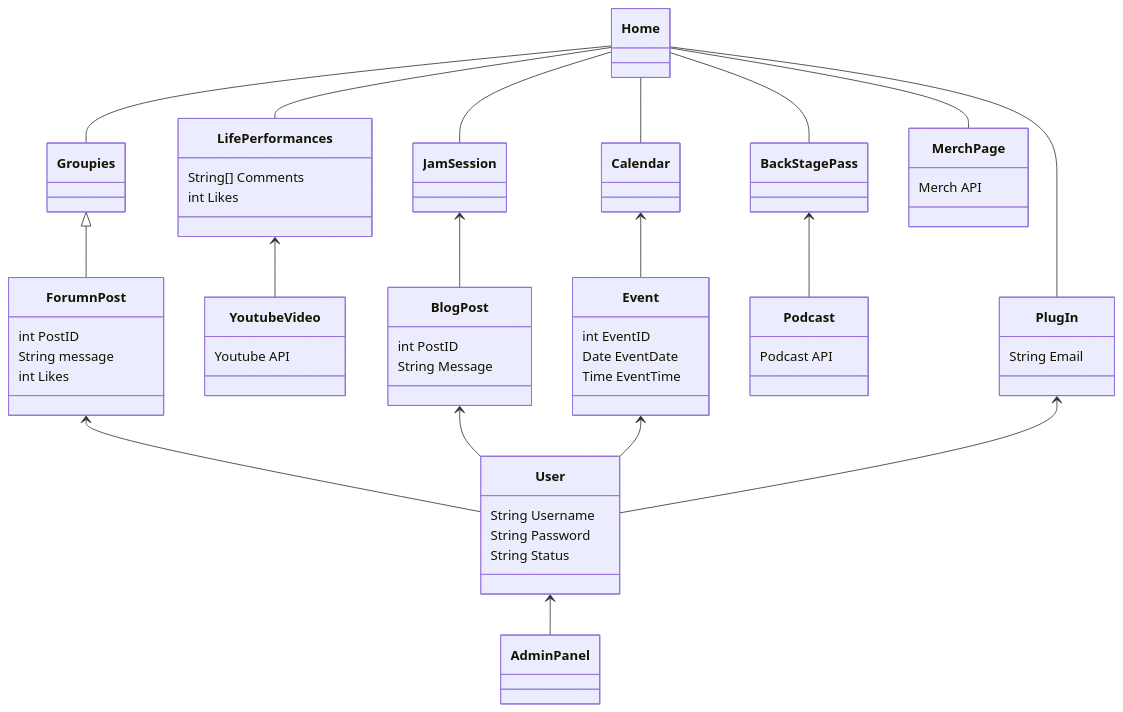
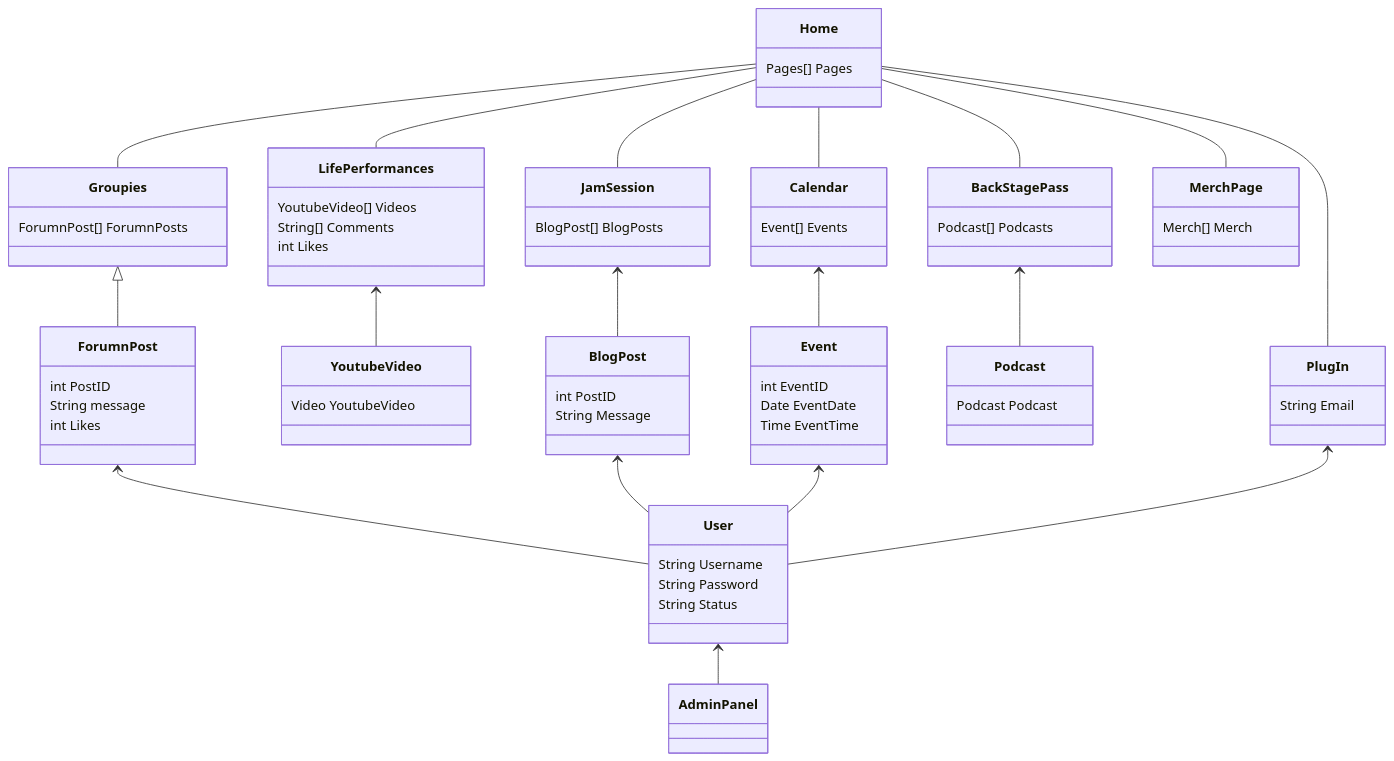
The diagram in Design/DomainModel.md (JClark-32/Live-to-Rock), drawn with Mermaid before and after one commit.

````diff
--- a/Design/DomainModel.md
+++ b/Design/DomainModel.md
@@ -1,54 +1,65 @@
 ```mermaid
 classDiagram
   Home
   Home -- LifePerformances
   Home -- Groupies
   Home -- JamSession
   Home -- BackStagePass
   Home -- Calendar
   Home -- MerchPage
   Home -- PlugIn
 
+  Home : Pages[] Pages
+
   LifePerformances 
   LifePerformances <-- Youtube Video
-  Youtube Video : Youtube API
+  LifePerformances : YoutubeVideo[] Videos
+
+  YoutubeVideo : Video YoutubeVideo
   LifePerformances : String[] Comments
   LifePerformances : int Likes
 
   Groupies <|-- ForumnPost
+  Groupies : ForumnPost[] ForumnPosts
+
+
   ForumnPost : int PostID
   ForumnPost : String message
   ForumnPost <-- User
   ForumnPost : int Likes
 
   JamSession
   JamSession <-- BlogPost
+  JamSession : BlogPost[] BlogPosts
 
   BlogPost : int PostID
   BlogPost : String Message
   BlogPost <-- User
 
   BackStagePass <-- Podcast
-  Podcast : Podcast API
+  BackStagePass : Podcast[] Podcasts
+
+  Podcast : Podcast Podcast
 
   Calendar <-- Event
+  Calendar : Event[] Events
 
   Event : int EventID
   Event : Date EventDate
   Event : Time EventTime
 
   Event <-- User
 
-  MerchPage : Merch API
+  MerchPage : Merch[] Merch
 
   PlugIn : String Email
   PlugIn <-- User
 
   User: String Username
   User: String Password
   User: String Status
 
   User <-- Admin Panel
   AdminPanel
   AdminPanel
 ```
````
